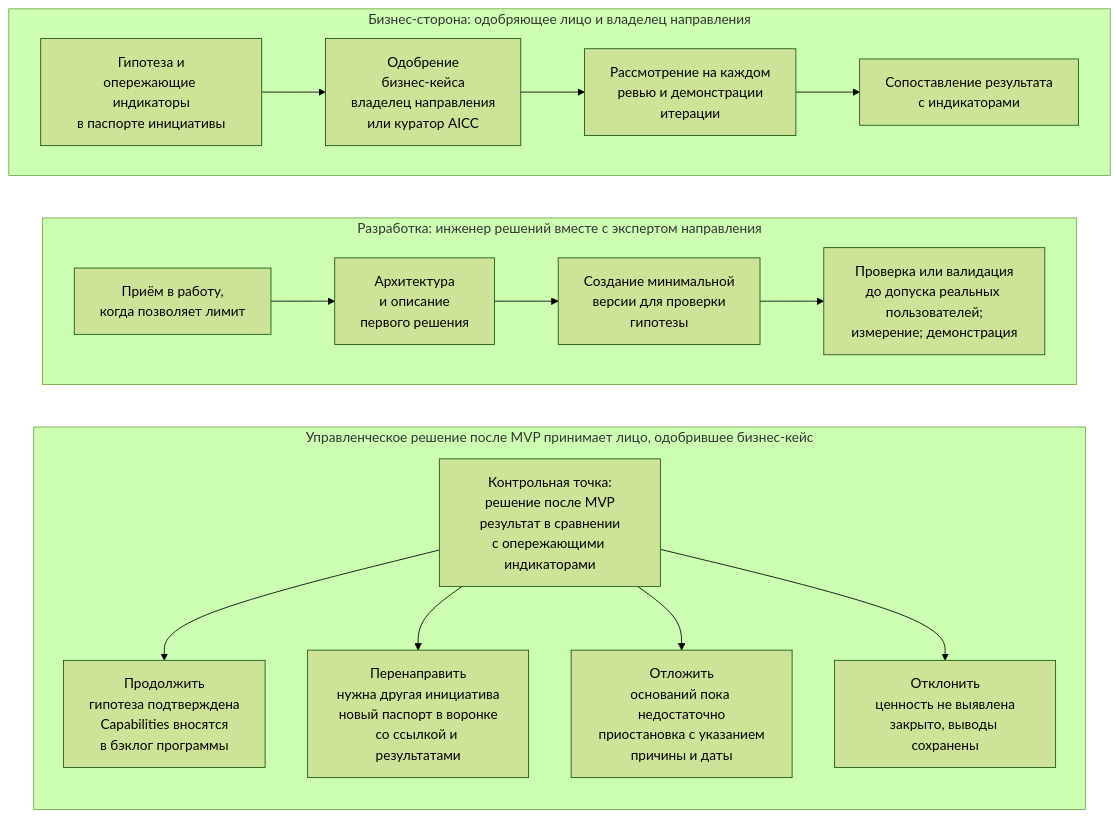
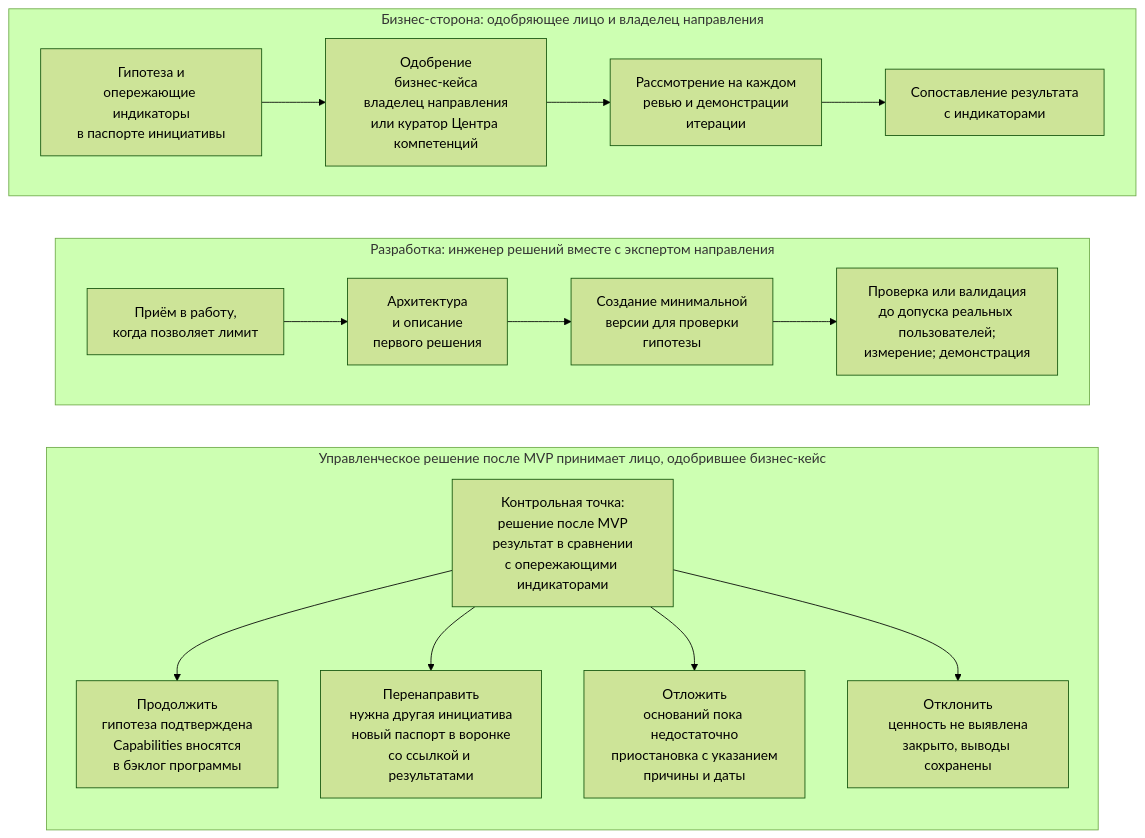
The diagram in portal/content/ru/portfolio/the-business-case-and-the-mvp.md (devhogu/ob-aicc), drawn with Mermaid (forest theme) before and after one commit. The commit also changed other lines of this file and 1149 other files, not shown here.

````diff
--- a/portal/content/ru/portfolio/the-business-case-and-the-mvp.md
+++ b/portal/content/ru/portfolio/the-business-case-and-the-mvp.md
@@ -39,24 +39,24 @@
 ```mermaid
 flowchart TB
   subgraph BUS["Бизнес-сторона: одобряющее лицо и владелец направления"]
     direction LR
-    B1["Гипотеза и<br/>опережающие индикаторы<br/>в паспорте инициативы"] --> B2["Одобрение<br/>бизнес-кейса<br/>владелец направления<br/>или куратор AICC"]
+    B1["Гипотеза и<br/>опережающие индикаторы<br/>в паспорте инициативы"] --> B2["Одобрение<br/>бизнес-кейса<br/>владелец направления<br/>или куратор Центра компетенций"]
     B2 --> B3["Рассмотрение на каждом<br/>ревью и демонстрации<br/>итерации"]
     B3 --> B4["Сопоставление результата<br/>с индикаторами"]
   end
   subgraph DEV["Разработка: инженер решений вместе с экспертом направления"]
     direction LR
     D1["Приём в работу,<br/>когда позволяет лимит"] --> D2["Архитектура<br/>и описание<br/>первого решения"]
     D2 --> D3["Создание минимальной<br/>версии для проверки<br/>гипотезы"]
     D3 --> D4["Проверка или валидация<br/>до допуска реальных пользователей;<br/>измерение; демонстрация"]
   end
   subgraph DEC["Управленческое решение после MVP принимает лицо, одобрившее бизнес-кейс"]
     direction TB
     G["Контрольная точка:<br/>решение после MVP<br/>результат в сравнении<br/>с опережающими индикаторами"] --> C["Продолжить<br/>гипотеза подтверждена<br/>Capabilities вносятся<br/>в бэклог программы"]
     G --> P["Перенаправить<br/>нужна другая инициатива<br/>новый паспорт в воронке<br/>со ссылкой и результатами"]
     G --> F["Отложить<br/>оснований пока недостаточно<br/>приостановка с указанием<br/>причины и даты"]
     G --> R["Отклонить<br/>ценность не выявлена<br/>закрыто, выводы сохранены"]
   end
   BUS ~~~ DEV
   DEV ~~~ DEC
 ```
````
